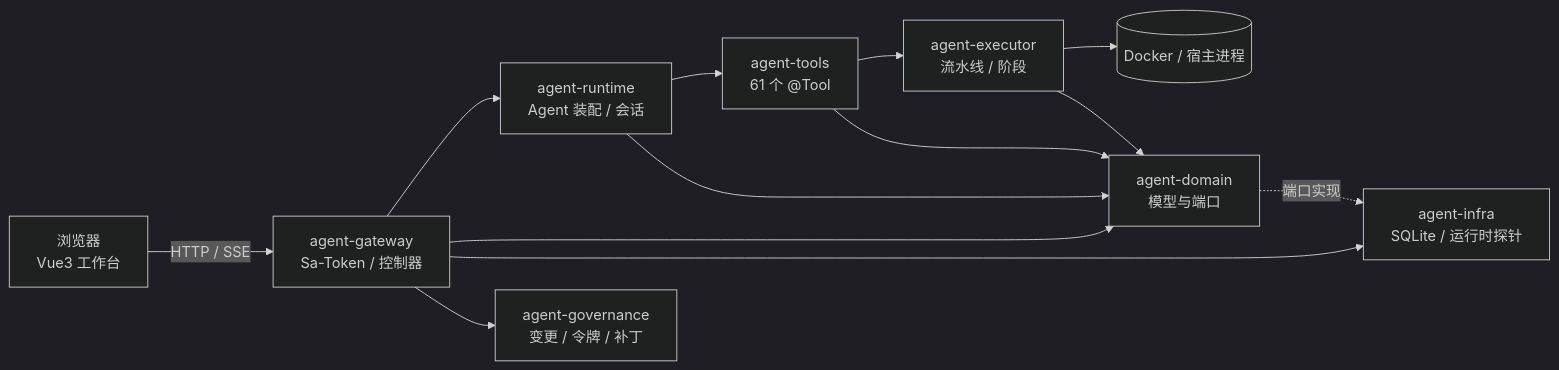
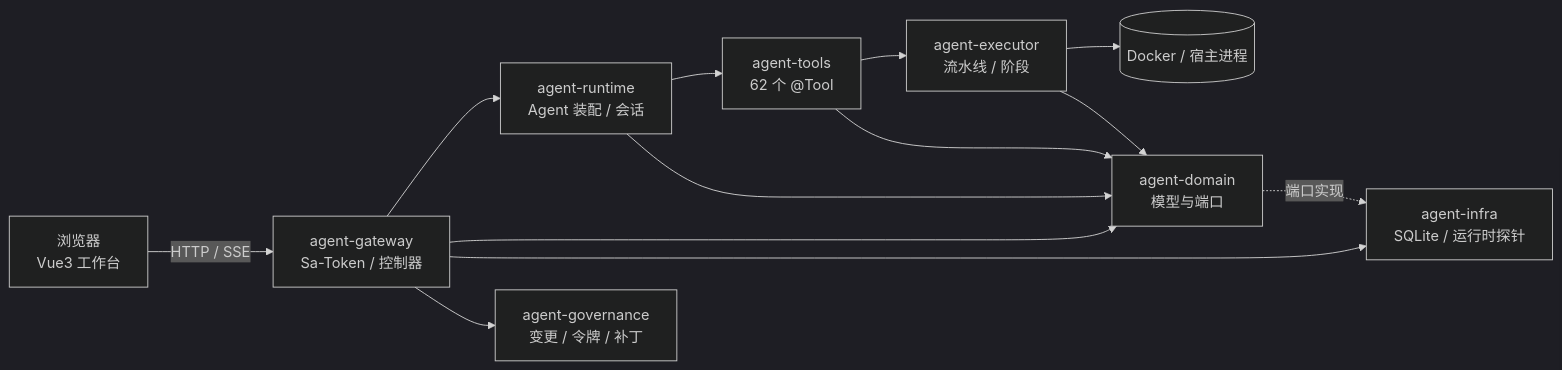
The diagram in docs/architecture/README.md (RONGX563647/SuperDeveloperAgent), drawn with Mermaid (dark theme) before and after one commit. The commit also changed other lines of this file and 22 other files, not shown here.

````diff
--- a/docs/architecture/README.md
+++ b/docs/architecture/README.md
@@ -7,15 +7,15 @@
 ```mermaid
 flowchart LR
   U[浏览器<br/>Vue3 工作台] -->|HTTP / SSE| GW[agent-gateway<br/>Sa-Token / 控制器]
   GW --> RT[agent-runtime<br/>Agent 装配 / 会话]
-  RT --> TL[agent-tools<br/>61 个 @Tool]
+  RT --> TL[agent-tools<br/>62 个 @Tool]
   TL --> EX[agent-executor<br/>流水线 / 阶段]
   EX --> DOCKER[(Docker / 宿主进程)]
   GW --> DOM[agent-domain<br/>模型与端口]
   RT --> DOM
   TL --> DOM
   EX --> DOM
   GW --> INF[agent-infra<br/>SQLite / 运行时探针]
   DOM -.端口实现.-> INF
   GW --> GOV[agent-governance<br/>变更 / 令牌 / 补丁]
 ```
````
